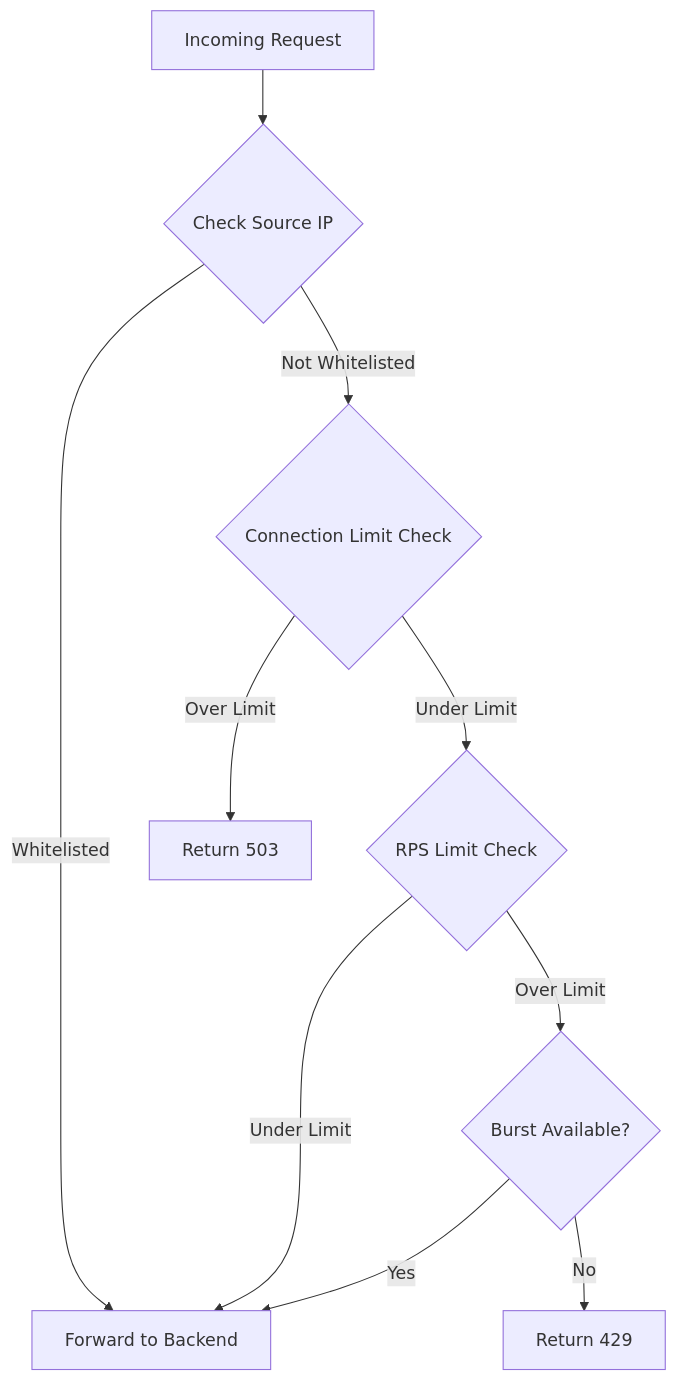
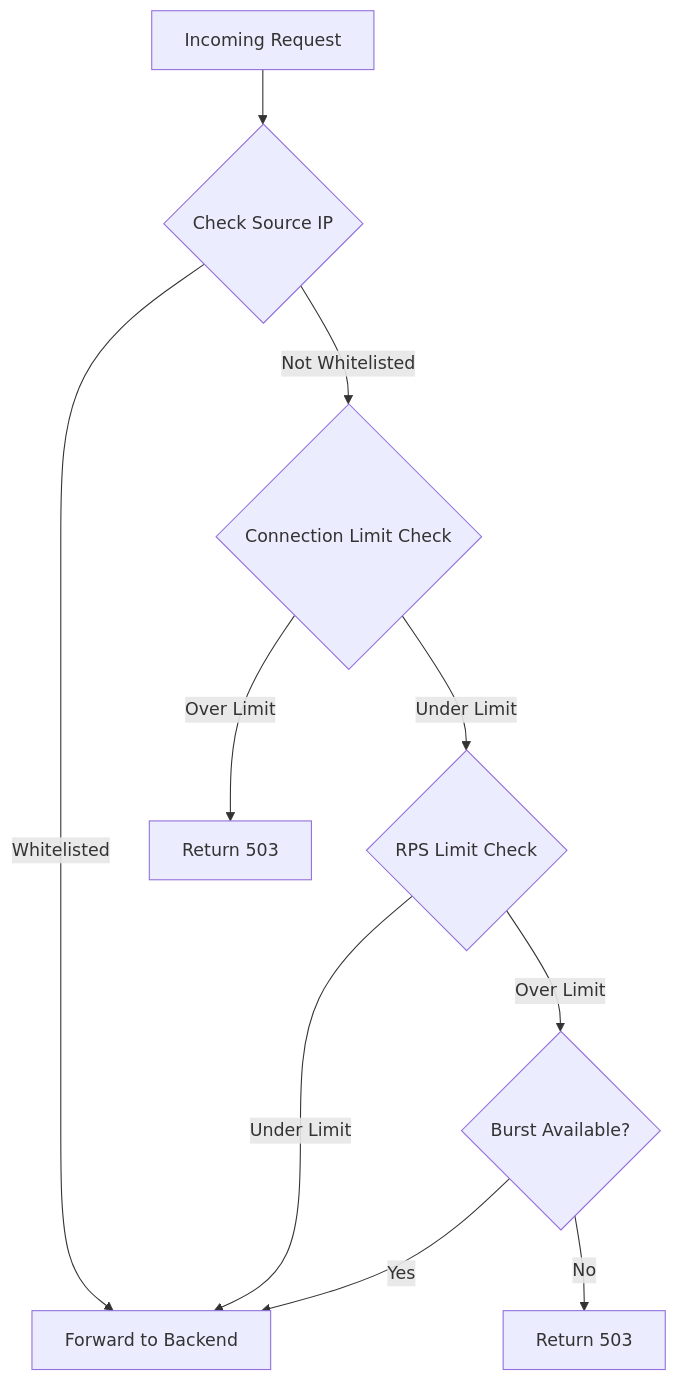
Before and after one commit to OneUptime/blog: the third of 6 diagrams in posts/2026-01-30-kubernetes-ingress-annotations/README.md, drawn with Mermaid. The commit also changed other lines of this file and 2 other files, not shown here.

````diff
--- a/posts/2026-01-30-kubernetes-ingress-annotations/README.md
+++ b/posts/2026-01-30-kubernetes-ingress-annotations/README.md
@@ -255,12 +262,12 @@
 ```mermaid
 flowchart TD
     A[Incoming Request] --> B{Check Source IP}
     B -->|Whitelisted| F[Forward to Backend]
     B -->|Not Whitelisted| C{Connection Limit Check}
     C -->|Under Limit| D{RPS Limit Check}
     C -->|Over Limit| E[Return 503]
     D -->|Under Limit| F
     D -->|Over Limit| G{Burst Available?}
     G -->|Yes| F
-    G -->|No| H[Return 429]
+    G -->|No| H[Return 503]
 ```
````
